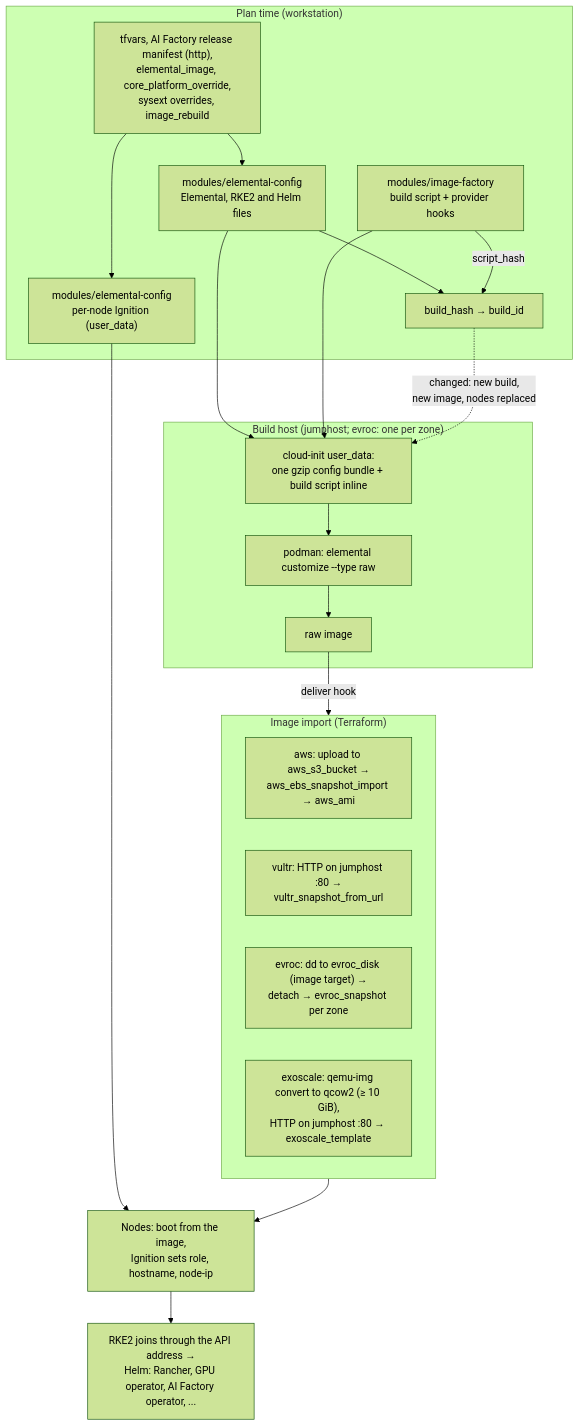
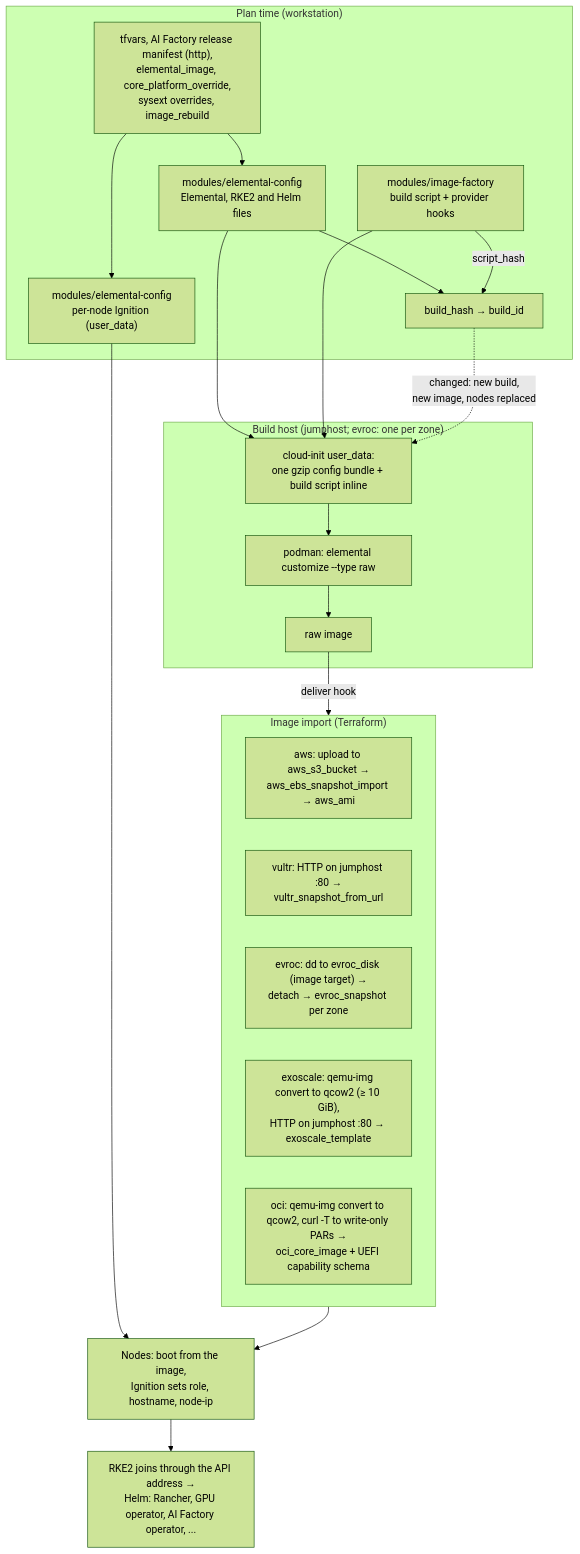
The second of 14 diagrams in docs/architecture.md (e-minguez/suse-ai-factory-cloud-providers), drawn with Mermaid (forest theme) before and after one commit. The commit also changed other lines of this file and 93 other files, not shown here.

````diff
--- a/docs/architecture.md
+++ b/docs/architecture.md
@@ -37,38 +37,39 @@
 ```mermaid
 flowchart TD
     subgraph plan_time ["Plan time (workstation)"]
         inputs["tfvars, AI Factory release manifest (http),<br/>elemental_image, core_platform_override,<br/>sysext overrides, image_rebuild"]
         ec["modules/elemental-config<br/>Elemental, RKE2 and Helm files"]
         ign["modules/elemental-config<br/>per-node Ignition (user_data)"]
         hash["build_hash → build_id"]
         fac["modules/image-factory<br/>build script + provider hooks"]
         inputs --> ec
         ec --> hash
         fac -- "script_hash" --> hash
         inputs --> ign
     end
 
     subgraph build_host ["Build host (jumphost; evroc: one per zone)"]
         ud["cloud-init user_data:<br/>one gzip config bundle + build script inline"]
         cust["podman: elemental customize --type raw"]
         raw["raw image"]
         ud --> cust --> raw
     end
 
     ec --> ud
     fac --> ud
     hash -. "changed: new build,<br/>new image, nodes replaced" .-> ud
 
     raw -- "deliver hook" --> deliver
 
     subgraph deliver ["Image import (Terraform)"]
         aws["aws: upload to aws_s3_bucket →<br/>aws_ebs_snapshot_import → aws_ami"]
         vultr["vultr: HTTP on jumphost :80 →<br/>vultr_snapshot_from_url"]
         evroc["evroc: dd to evroc_disk (image target) →<br/>detach → evroc_snapshot per zone"]
         exoscale["exoscale: qemu-img convert to qcow2 (≥ 10 GiB),<br/>HTTP on jumphost :80 → exoscale_template"]
+        oci["oci: qemu-img convert to qcow2, curl -T to write-only PARs →<br/>oci_core_image + UEFI capability schema"]
     end
 
     deliver --> nodes["Nodes: boot from the image,<br/>Ignition sets role, hostname, node-ip"]
     ign --> nodes
     nodes --> rke2["RKE2 joins through the API address →<br/>Helm: Rancher, GPU operator, AI Factory operator, ..."]
 ```
````
